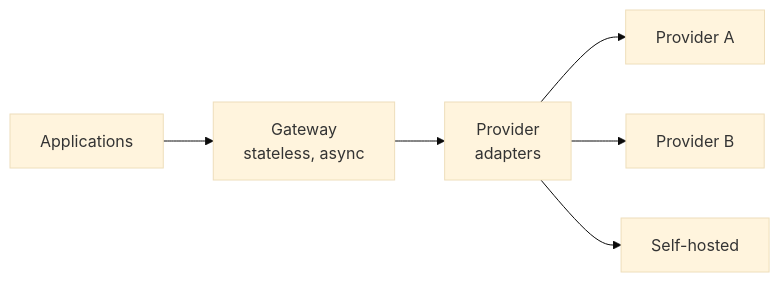
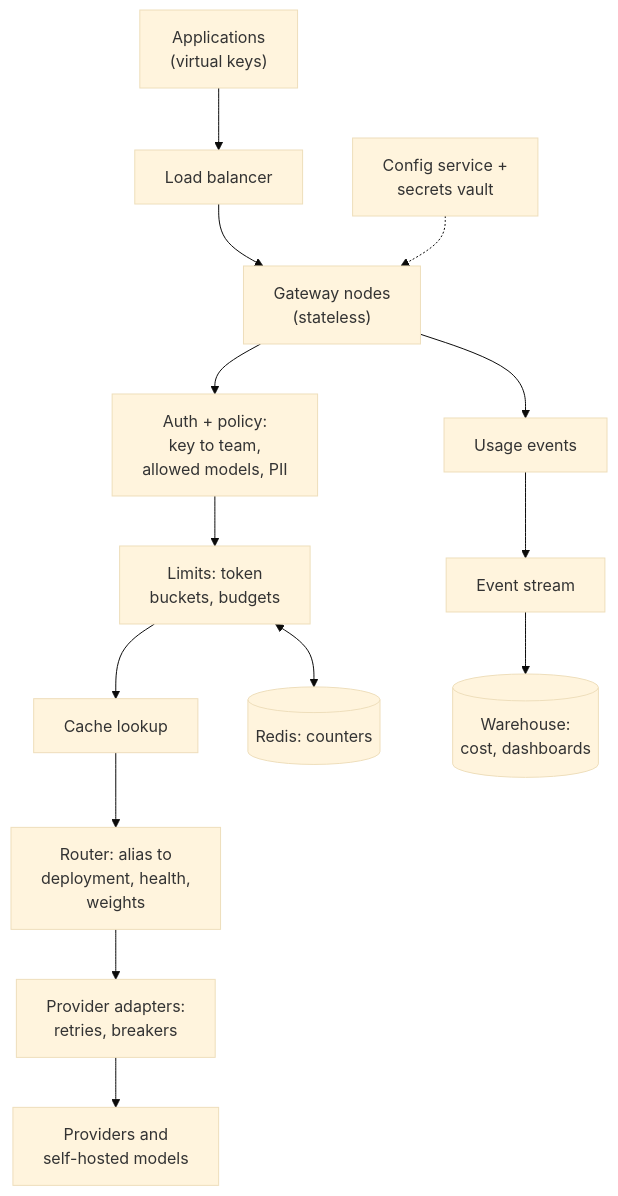
The first of 2 diagrams in src/Data/aiStackDocs/DP-05.md (shubamchaudhary/CodeNITW), drawn with Mermaid (base theme) before and after one commit. The commit also changed other lines of this file and 52 other files, not shown here.

````diff
--- a/src/Data/aiStackDocs/DP-05.md
+++ b/src/Data/aiStackDocs/DP-05.md
@@ -61,8 +40,16 @@
 ```mermaid
-flowchart LR
-    APP["Applications"] --> GW["Gateway<br/>stateless, async"]
-    GW --> AD["Provider<br/>adapters"]
-    AD --> P1["Provider A"]
-    AD --> P2["Provider B"]
-    AD --> P3["Self-hosted"]
+flowchart TD
+    AP["Applications<br/>(virtual keys)"] --> LB["Load balancer"]
+    LB --> GW["Gateway nodes<br/>(stateless)"]
+    GW --> AU["Auth + policy:<br/>key to team,<br/>allowed models, PII"]
+    AU --> RL["Limits: token<br/>buckets, budgets"]
+    RL --> CA["Cache lookup"]
+    CA --> RO["Router: alias to<br/>deployment, health,<br/>weights"]
+    RO --> PA["Provider adapters:<br/>retries, breakers"]
+    PA --> PV["Providers and<br/>self-hosted models"]
+    RL <--> RD[("Redis: counters")]
+    GW --> EV["Usage events"]
+    EV --> KF["Event stream"]
+    KF --> WH[("Warehouse:<br/>cost, dashboards")]
+    CF["Config service +<br/>secrets vault"] -.-> GW
 ```
````
